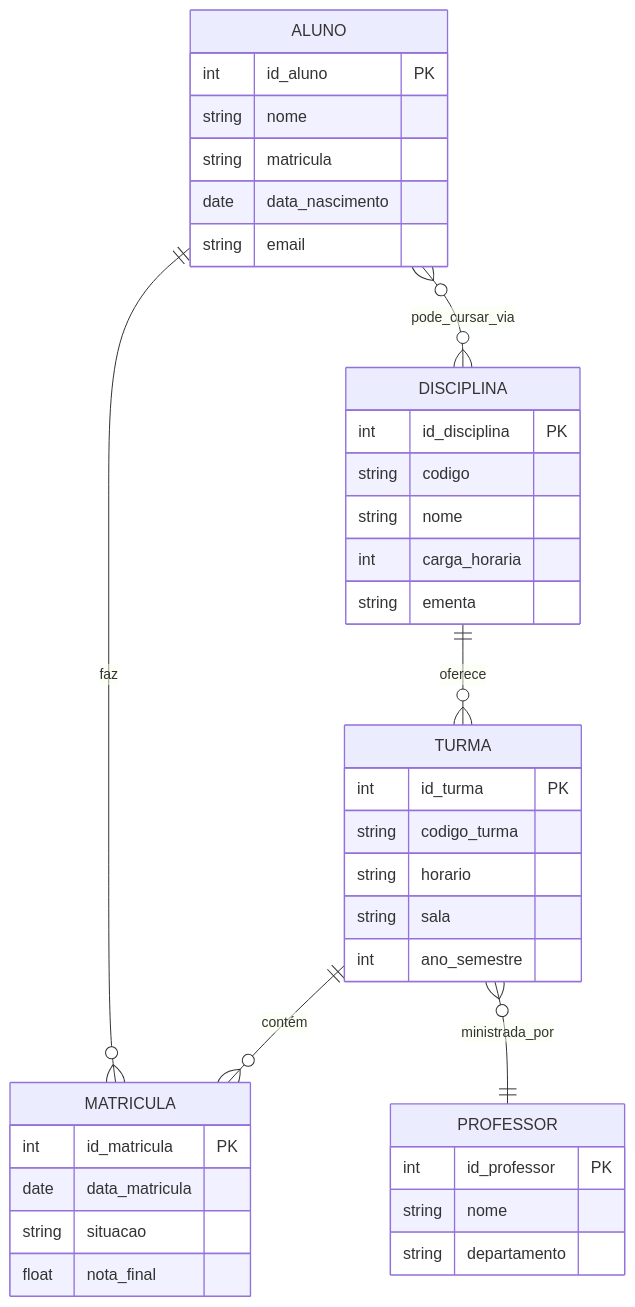
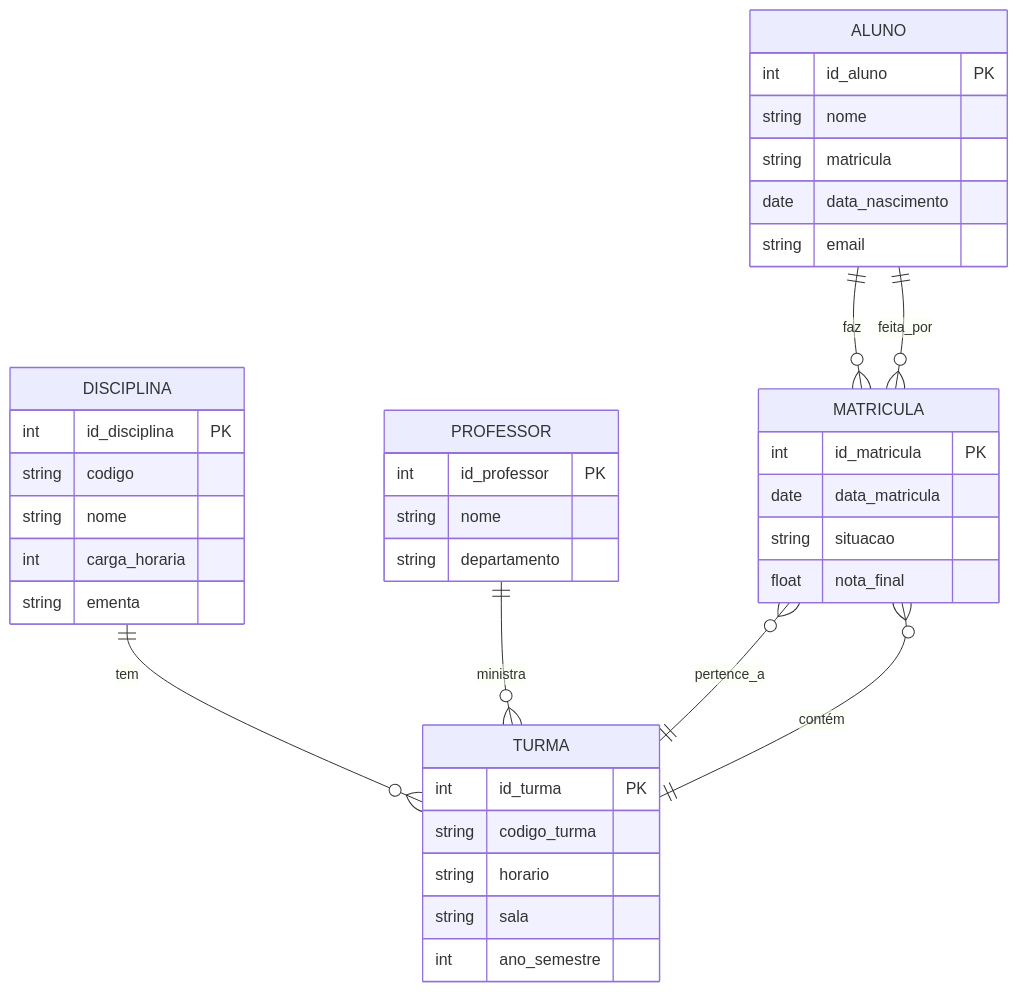
One commit to myerco/CafeGeek changed the first of 2 diagrams in docs/content/_aulas/introducao-a-banco-de-dados/capitulo-1/modelo-de-dados.md. Above: the diagram before and after it, drawn with Mermaid. The commit also changed other lines of this file, not shown here.

Commit message:
fix: correção mermaid

```diff
--- a/docs/content/_aulas/introducao-a-banco-de-dados/capitulo-1/modelo-de-dados.md
+++ b/docs/content/_aulas/introducao-a-banco-de-dados/capitulo-1/modelo-de-dados.md
@@ -40,44 +40,46 @@
 <div class="mermaid">
 erDiagram
     ALUNO {
         int id_aluno PK
         string nome
         string matricula
         date data_nascimento
         string email
     }
+    
     DISCIPLINA {
         int id_disciplina PK
         string codigo
         string nome
         int carga_horaria
         string ementa
     }
-
+    
     TURMA {
         int id_turma PK
         string codigo_turma
         string horario
         string sala
         int ano_semestre
     }
     
     PROFESSOR {
         int id_professor PK
         string nome
         string departamento
     }
     
-    ALUNO ||--o{ MATRICULA : "faz"
-    DISCIPLINA ||--o{ TURMA : "oferece"
-    TURMA }o--|| PROFESSOR : "ministrada_por"
-    TURMA ||--o{ MATRICULA : "contém"
-    
     MATRICULA {
         int id_matricula PK
         date data_matricula
         string situacao
         float nota_final
     }
-    ALUNO }o--o{ DISCIPLINA : "pode_cursar_via"
+    
+    ALUNO ||--o{ MATRICULA : "faz"
+    TURMA ||--o{ MATRICULA : "contém"
+    DISCIPLINA ||--o{ TURMA : "tem"
+    PROFESSOR ||--o{ TURMA : "ministra"
+    MATRICULA }o--|| TURMA : "pertence_a"
+    MATRICULA }o--|| ALUNO : "feita_por"
 </div>
```
